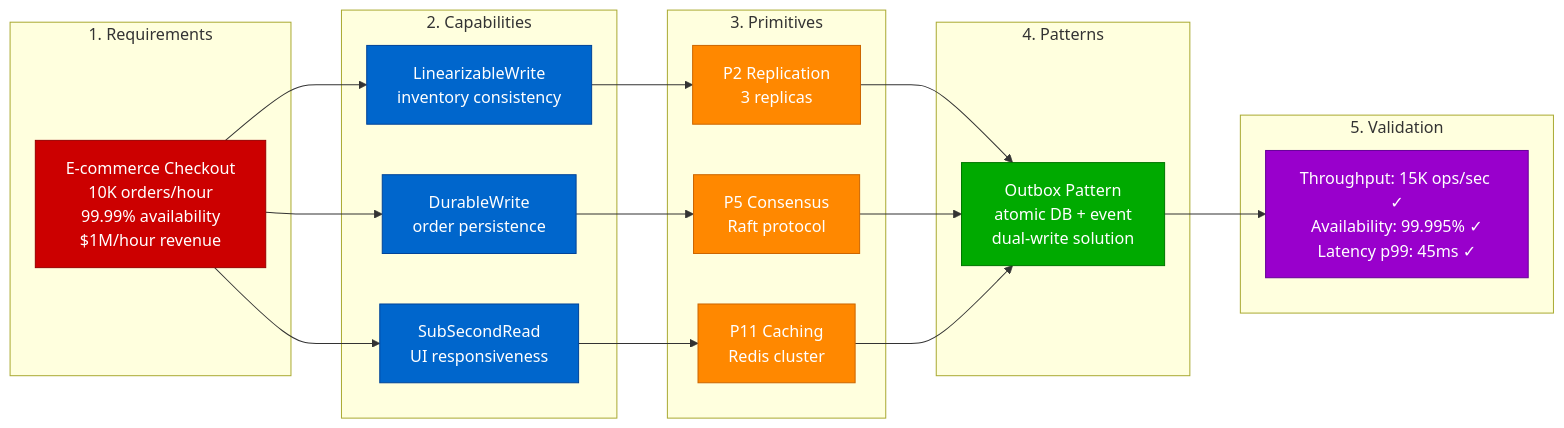
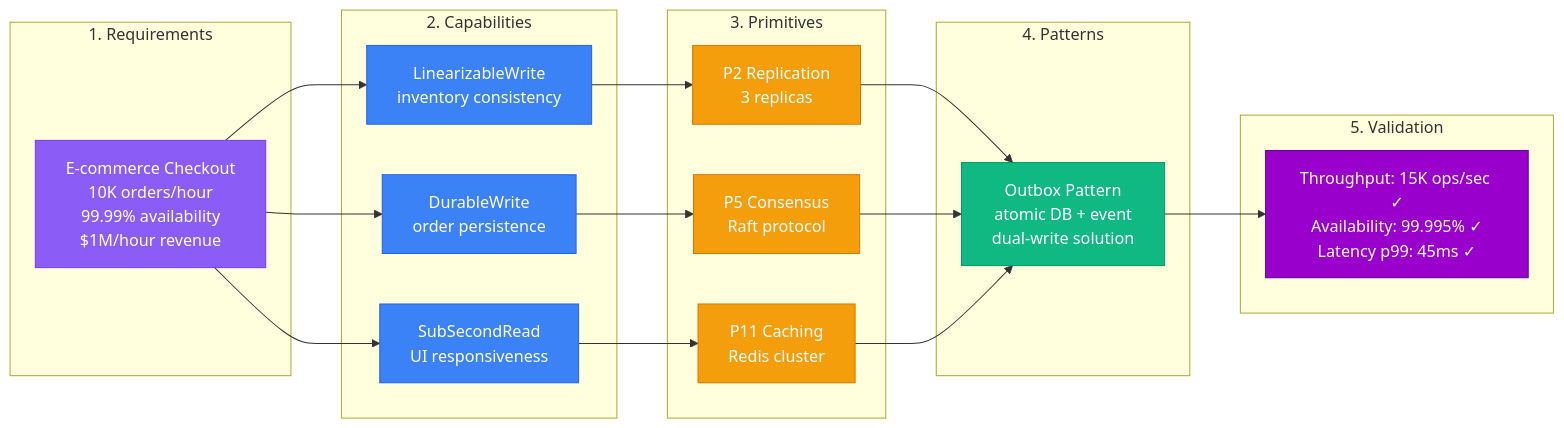
The fourth of 4 diagrams in site/docs/getting-started/overview.md (deepaucksharma/DS), drawn with Mermaid before and after one commit. The commit also changed other lines of this file and 303 other files, not shown here.

````diff
--- a/site/docs/getting-started/overview.md
+++ b/site/docs/getting-started/overview.md
@@ -151,49 +151,49 @@
 ```mermaid
 flowchart LR
     subgraph Step1["1. Requirements"]
         REQ["E-commerce Checkout<br/>10K orders/hour<br/>99.99% availability<br/>$1M/hour revenue"]
     end
 
     subgraph Step2["2. Capabilities"]
         CAP1["LinearizableWrite<br/>inventory consistency"]
         CAP2["DurableWrite<br/>order persistence"]
         CAP3["SubSecondRead<br/>UI responsiveness"]
     end
 
     subgraph Step3["3. Primitives"]
         PRIM1["P2 Replication<br/>3 replicas"]
         PRIM2["P5 Consensus<br/>Raft protocol"]
         PRIM3["P11 Caching<br/>Redis cluster"]
     end
 
     subgraph Step4["4. Patterns"]
         PAT["Outbox Pattern<br/>atomic DB + event<br/>dual-write solution"]
     end
 
     subgraph Step5["5. Validation"]
         VAL["Throughput: 15K ops/sec ✓<br/>Availability: 99.995% ✓<br/>Latency p99: 45ms ✓"]
     end
 
     REQ --> CAP1
     REQ --> CAP2
     REQ --> CAP3
     CAP1 --> PRIM1
     CAP2 --> PRIM2
     CAP3 --> PRIM3
     PRIM1 --> PAT
     PRIM2 --> PAT
     PRIM3 --> PAT
     PAT --> VAL
 
-    classDef reqStyle fill:#CC0000,stroke:#990000,color:#fff
-    classDef capStyle fill:#0066CC,stroke:#004499,color:#fff
-    classDef primStyle fill:#FF8800,stroke:#CC6600,color:#fff
-    classDef patStyle fill:#00AA00,stroke:#007700,color:#fff
+    classDef reqStyle fill:#8B5CF6,stroke:#7C3AED,color:#fff
+    classDef capStyle fill:#3B82F6,stroke:#2563EB,color:#fff
+    classDef primStyle fill:#F59E0B,stroke:#D97706,color:#fff
+    classDef patStyle fill:#10B981,stroke:#059669,color:#fff
     classDef valStyle fill:#9900CC,stroke:#660099,color:#fff
 
     class REQ reqStyle
     class CAP1,CAP2,CAP3 capStyle
     class PRIM1,PRIM2,PRIM3 primStyle
     class PAT patStyle
     class VAL valStyle
 ```
````
